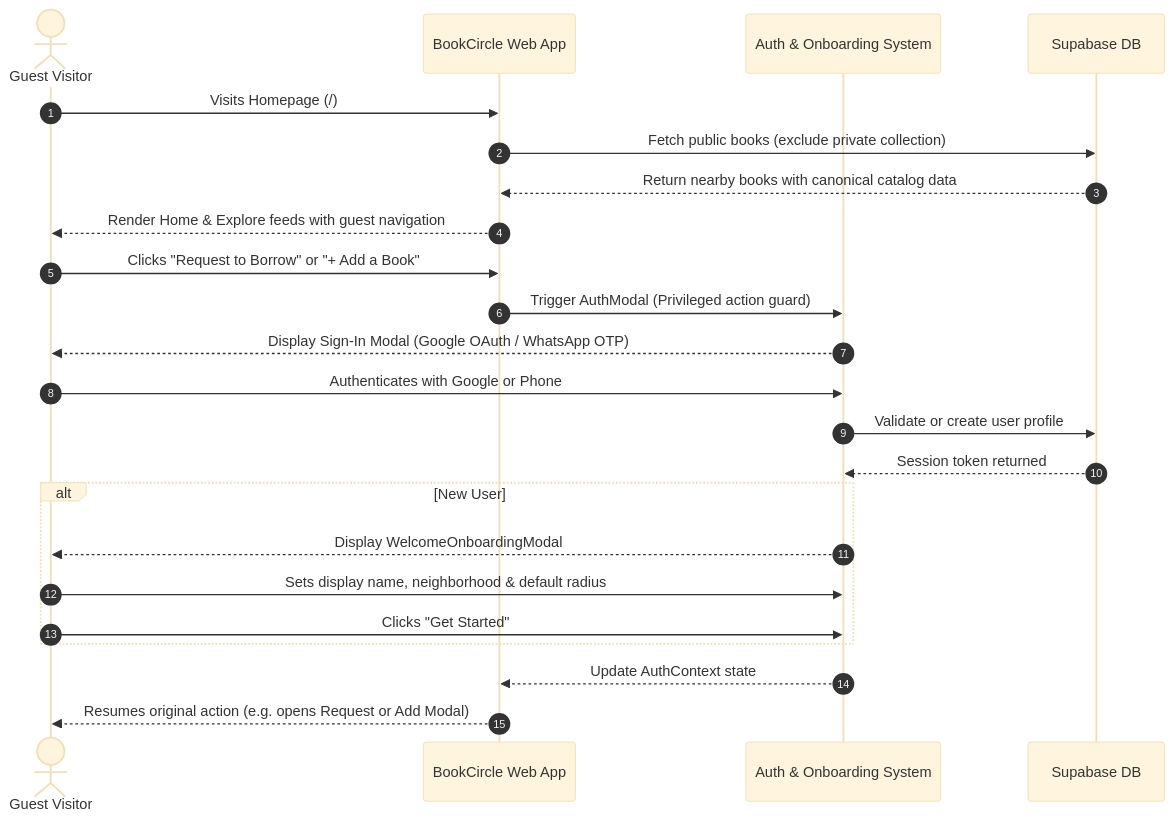
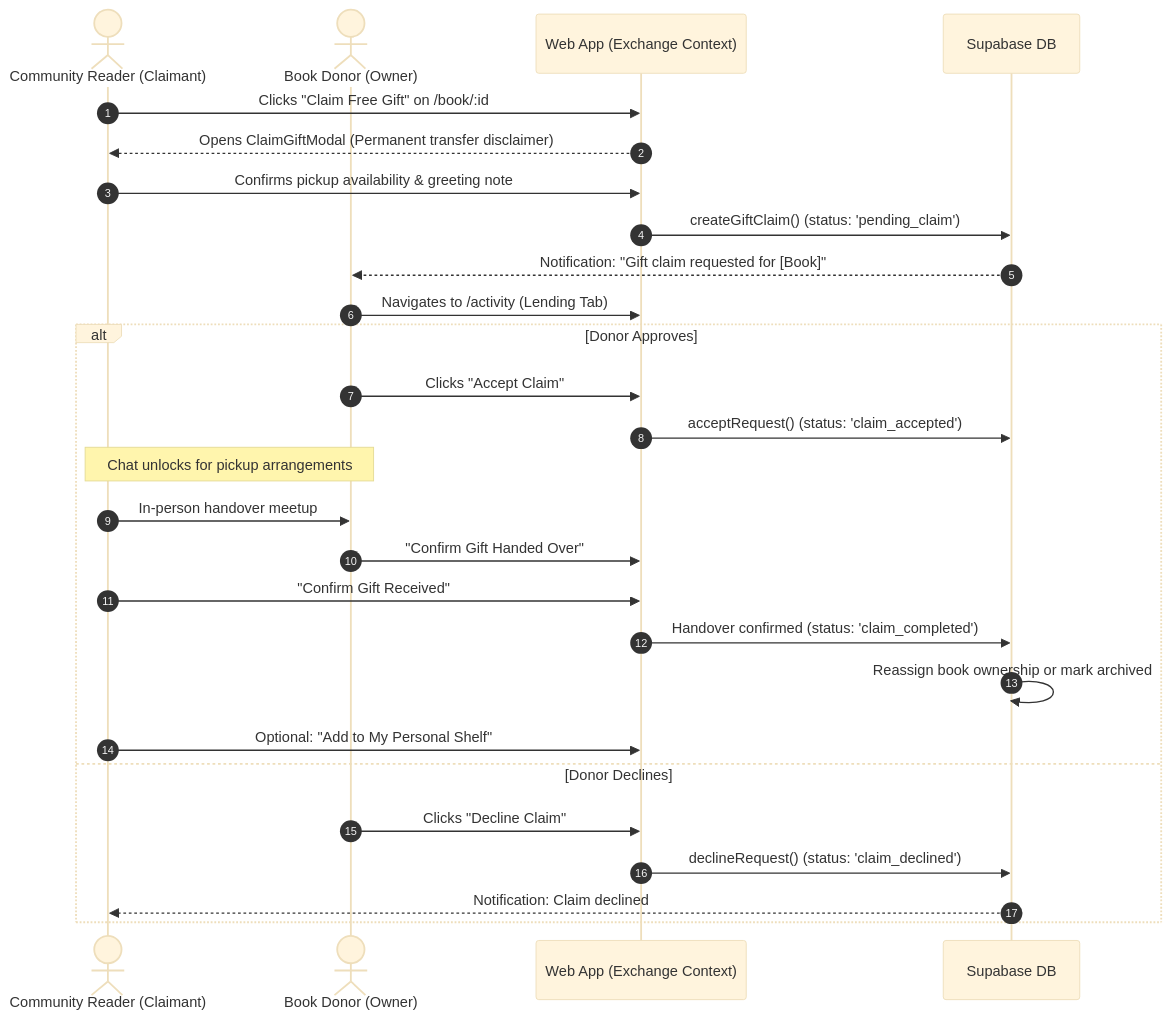
One commit to ajmol-official/BookCircle changed the second of 4 diagrams in docs/USER_FLOWS.md. Above: the diagram before and after it, drawn with Mermaid (base theme). The commit also changed other lines of this file, not shown here.

Commit message:
docs: complete comprehensive user flow audit and developer guide

````diff
--- a/docs/USER_FLOWS.md
+++ b/docs/USER_FLOWS.md
@@ -68,30 +124,31 @@
 ```mermaid
 sequenceDiagram
     autonumber
-    actor Guest as Guest Visitor
-    participant App as BookCircle Web App
-    participant Auth as Auth & Onboarding System
+    actor Recipient as Community Reader (Claimant)
+    actor Donor as Book Donor (Owner)
+    participant Client as Web App (Exchange Context)
     participant DB as Supabase DB
 
-    Guest->>App: Visits Homepage (/)
-    App->>DB: Fetch public books (exclude private collection)
-    DB-->>App: Return nearby books with canonical catalog data
-    App-->>Guest: Render Home & Explore feeds with guest navigation
-
-    Guest->>App: Clicks "Request to Borrow" or "+ Add a Book"
-    App->>Auth: Trigger AuthModal (Privileged action guard)
-    Auth-->>Guest: Display Sign-In Modal (Google OAuth / WhatsApp OTP)
-
-    Guest->>Auth: Authenticates with Google or Phone
-    Auth->>DB: Validate or create user profile
-    DB-->>Auth: Session token returned
+    Recipient->>Client: Clicks "Claim Free Gift" on /book/:id
+    Client-->>Recipient: Opens ClaimGiftModal (Permanent transfer disclaimer)
+    Recipient->>Client: Confirms pickup availability & greeting note
+    Client->>DB: createGiftClaim() (status: 'pending_claim')
+    DB-->>Donor: Notification: "Gift claim requested for [Book]"
     
-    alt New User
-        Auth-->>Guest: Display WelcomeOnboardingModal
-        Guest->>Auth: Sets display name, neighborhood & default radius
-        Guest->>Auth: Clicks "Get Started"
+    Donor->>Client: Navigates to /activity (Lending Tab)
+    alt Donor Approves
+        Donor->>Client: Clicks "Accept Claim"
+        Client->>DB: acceptRequest() (status: 'claim_accepted')
+        Note over Recipient, Donor: Chat unlocks for pickup arrangements
+        Recipient->>Donor: In-person handover meetup
+        Donor->>Client: "Confirm Gift Handed Over"
+        Recipient->>Client: "Confirm Gift Received"
+        Client->>DB: Handover confirmed (status: 'claim_completed')
+        DB->>DB: Reassign book ownership or mark archived
+        Recipient->>Client: Optional: "Add to My Personal Shelf"
+    else Donor Declines
+        Donor->>Client: Clicks "Decline Claim"
+        Client->>DB: declineRequest() (status: 'claim_declined')
+        DB-->>Recipient: Notification: Claim declined
     end
-
-    Auth-->>App: Update AuthContext state
-    App-->>Guest: Resumes original action (e.g. opens Request or Add Modal)
 ```
````
